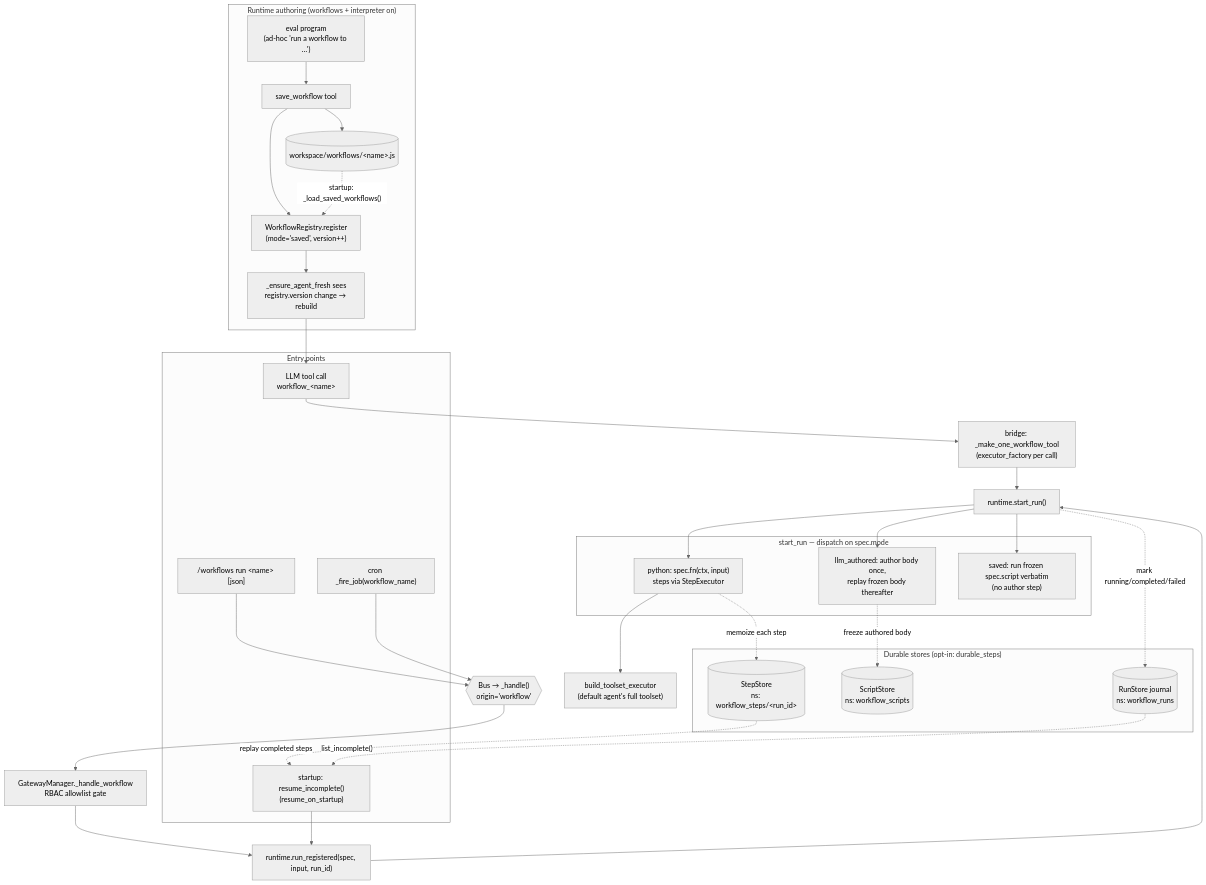
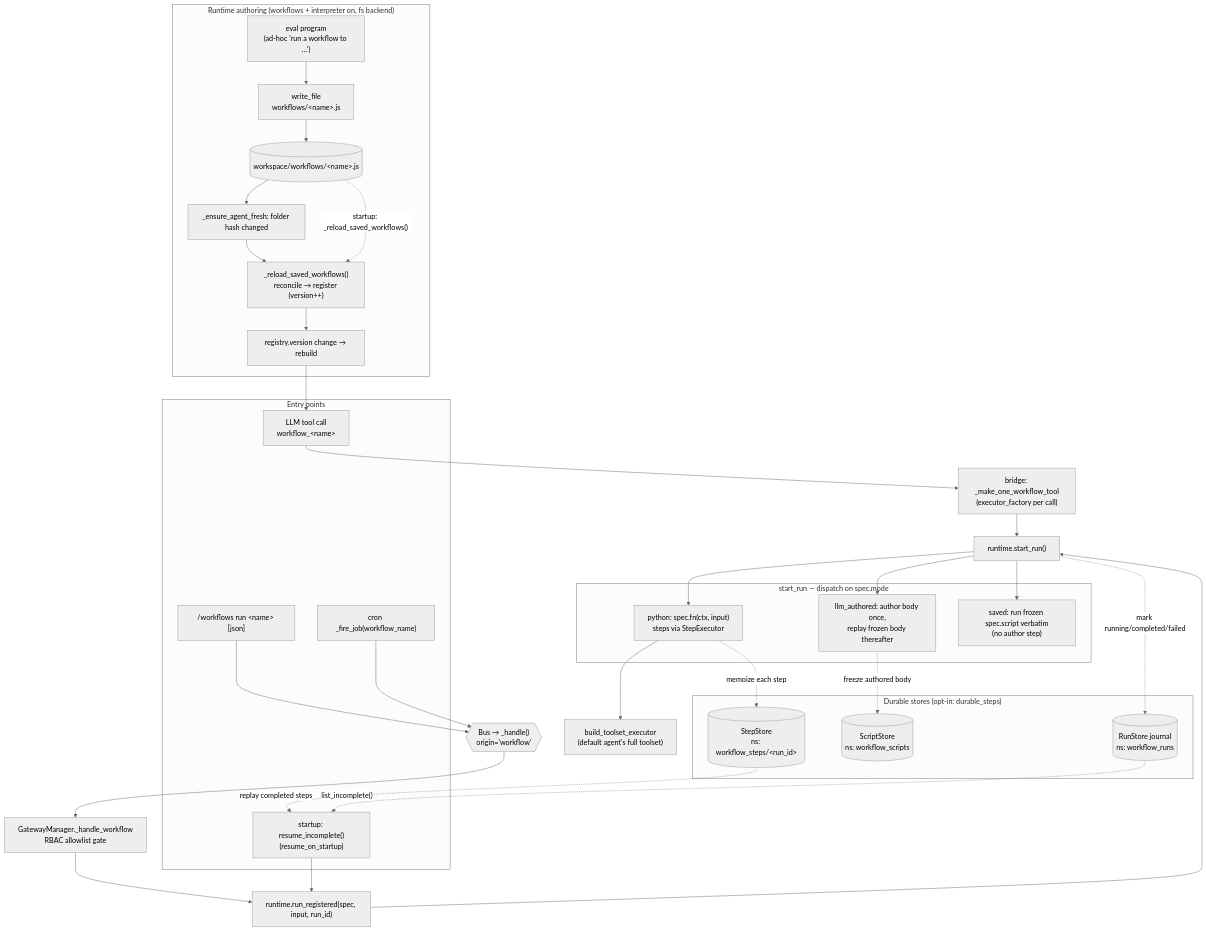
Before and after one commit to tisu19021997/langclaw: the fourth of 4 diagrams in docs/ARCHITECTURE.md, drawn with Mermaid (neutral theme). The commit also changed other lines of this file and 16 other files, not shown here.

````diff
--- a/docs/ARCHITECTURE.md
+++ b/docs/ARCHITECTURE.md
@@ -114,56 +114,56 @@
 ```mermaid
 flowchart TB
     subgraph Entry["Entry points"]
         T["LLM tool call<br/>workflow_&lt;name&gt;"]
         CMD["/workflows run &lt;name&gt; [json]"]
         CR["cron _fire_job(workflow_name)"]
         RS["startup: resume_incomplete()<br/>(resume_on_startup)"]
     end
 
     BR["bridge: _make_one_workflow_tool<br/>(executor_factory per call)"]
     BUS{{"Bus → _handle()<br/>origin='workflow'"}}
     HW["GatewayManager._handle_workflow<br/>RBAC allowlist gate"]
     RR["runtime.run_registered(spec, input, run_id)"]
     SR["runtime.start_run()"]
 
     T --> BR --> SR
     CMD --> BUS --> HW --> RR
     CR --> BUS
     RR --> SR
     RS --> RR
 
     subgraph Dispatch["start_run — dispatch on spec.mode"]
         PY["python: spec.fn(ctx, input)<br/>steps via StepExecutor"]
         L2["llm_authored: author body once,<br/>replay frozen body thereafter"]
         SV["saved: run frozen spec.script verbatim<br/>(no author step)"]
     end
     SR --> PY
     SR --> L2
     SR --> SV
 
     EX["build_toolset_executor<br/>(default agent's full toolset)"]
     PY --> EX
 
-    subgraph Authoring["Runtime authoring (workflows + interpreter on)"]
+    subgraph Authoring["Runtime authoring (workflows + interpreter on, fs backend)"]
         EV["eval program<br/>(ad-hoc 'run a workflow to …')"]
-        SW["save_workflow tool"]
-        REG["WorkflowRegistry.register<br/>(mode='saved', version++)"]
+        SW["write_file<br/>workflows/&lt;name&gt;.js"]
         FILE[("workspace/workflows/&lt;name&gt;.js")]
-        RB["_ensure_agent_fresh sees<br/>registry.version change → rebuild"]
+        WATCH["_ensure_agent_fresh: folder hash changed"]
+        REC["_reload_saved_workflows()<br/>reconcile → register (version++)"]
+        RB["registry.version change → rebuild"]
     end
-    EV --> SW --> REG --> RB
-    SW --> FILE
-    RB --> T
-    FILE -. "startup: _load_saved_workflows()" .-> REG
+    EV --> SW --> FILE
+    FILE --> WATCH --> REC --> RB --> T
+    FILE -. "startup: _reload_saved_workflows()" .-> REC
 
     subgraph Stores["Durable stores (opt-in: durable_steps)"]
         SS[("StepStore<br/>ns: workflow_steps/&lt;run_id&gt;")]
         SC[("ScriptStore<br/>ns: workflow_scripts")]
         RJ[("RunStore journal<br/>ns: workflow_runs")]
     end
     PY -. "memoize each step" .-> SS
     L2 -. "freeze authored body" .-> SC
     SR -. "mark running/completed/failed" .-> RJ
     RJ -. "list_incomplete()" .-> RS
     SS -. "replay completed steps" .-> RS
 ```
````
